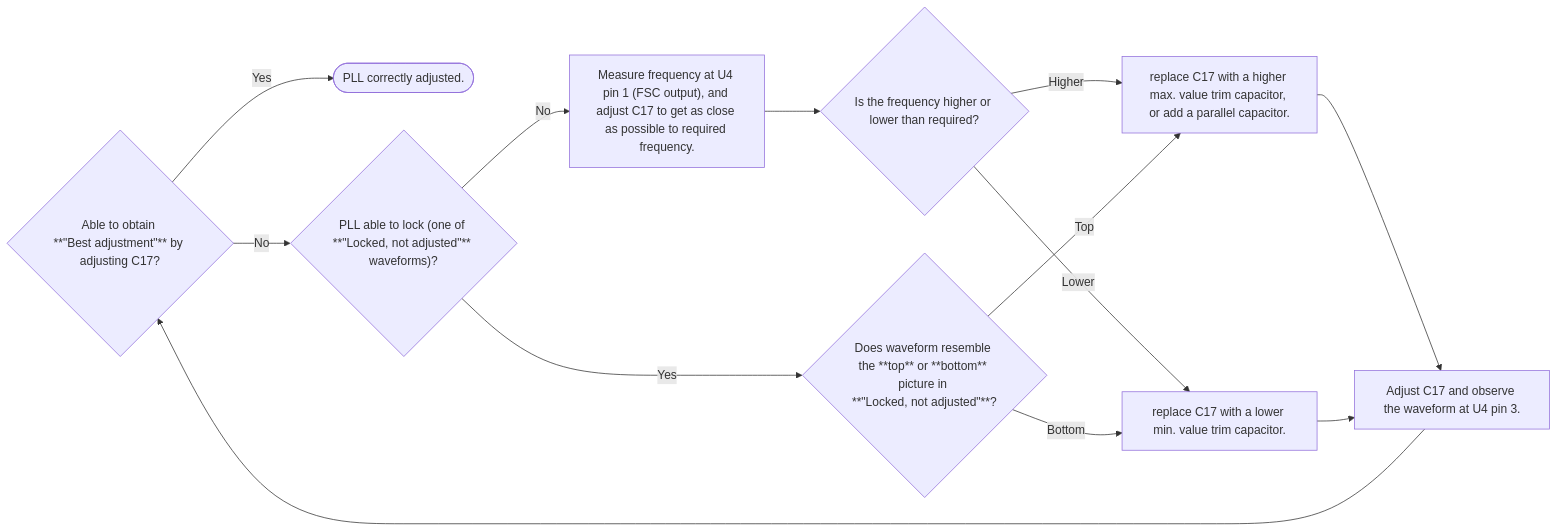
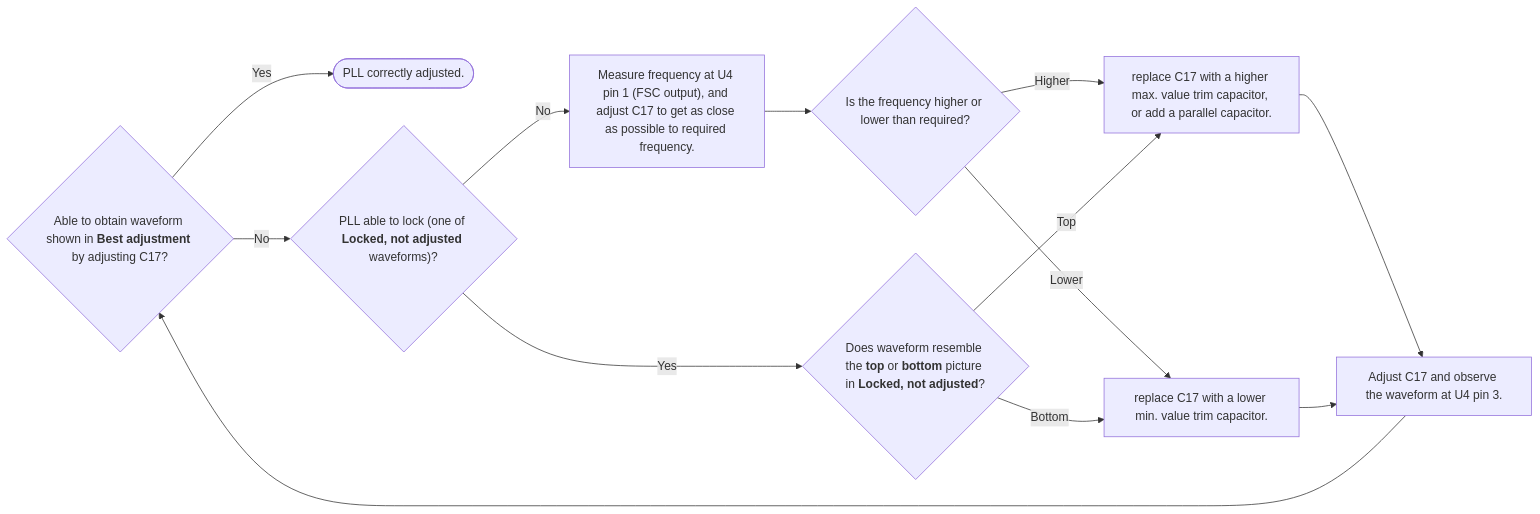
One commit to goscickiw/Analog-Video-Comb-Filter changed the diagram in README.md. Above: the diagram before and after it, drawn with Mermaid.

Commit message:
Update README.md
Fixed broken flowchart

````diff
--- a/README.md
+++ b/README.md
@@ -199,14 +199,14 @@
 ```mermaid
 flowchart LR
-  A{Able to obtain **&quot;Best&nbsp;adjustment&quot;** by adjusting C17?} -- Yes --> B([PLL correctly adjusted.]);
-  A -->|No| C{"PLL able to lock (one of **&quot;Locked,&nbsp;not&nbsp;adjusted&quot;** waveforms)?"};
-  C -->|Yes| D{Does waveform resemble the **top** or **bottom** picture in **&quot;Locked,&nbsp;not&nbsp;adjusted&quot;**?};
+  A{Able to obtain waveform shown in <b>Best&nbsp;adjustment</b> by adjusting C17?} -- Yes --> B([PLL correctly adjusted.]);
+  A -->|No| C{"PLL able to lock (one of <b>Locked,&nbsp;not&nbsp;adjusted</b> waveforms)?"};
+  C -->|Yes| D{Does waveform resemble the <b>top</b> or <b>bottom</B> picture in <b>Locked,&nbsp;not&nbsp;adjusted</b>?};
   C -->|No| E["Measure frequency at U4 pin 1 (FSC output), and adjust C17 to get as close as possible to required frequency."];
   E --> F{Is the frequency higher or lower than required?};
   F -->|Higher| G[replace C17 with a higher max. value trim capacitor, or add a parallel capacitor.];
   F -->|Lower| H[replace C17 with a lower min. value trim capacitor.];
   D -->|Top| G;
   D -->|Bottom| H;
   G --> I[Adjust C17 and observe the waveform at U4 pin 3.] --> A;
   H --> I;
 ```
````
